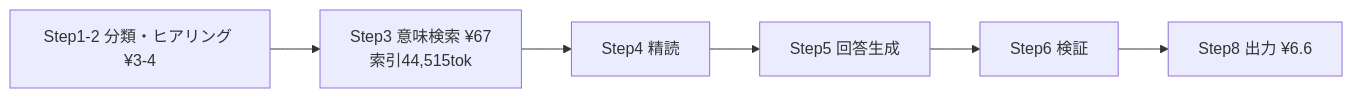
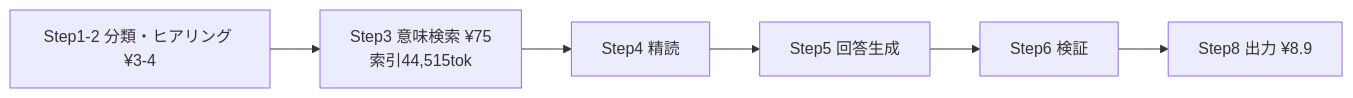
The first of 4 diagrams in docs/reports/cost-optimization-nabledge.md (nablarch/nabledge-dev), drawn with Mermaid before and after one commit. The commit also changed other lines of this file and 1 other file, not shown here.

````diff
--- a/docs/reports/cost-optimization-nabledge.md
+++ b/docs/reports/cost-optimization-nabledge.md
@@ -42,5 +42,5 @@
 ```mermaid
 flowchart LR
-    S1[Step1-2 分類・ヒアリング ¥3-4] --> S3[Step3 意味検索 ¥67<br/>索引44,515tok]
-    S3 --> S4[Step4 精読] --> S5[Step5 回答生成] --> S6[Step6 検証] --> S8[Step8 出力 ¥6.6]
+    S1[Step1-2 分類・ヒアリング ¥3-4] --> S3[Step3 意味検索 ¥75<br/>索引44,515tok]
+    S3 --> S4[Step4 精読] --> S5[Step5 回答生成] --> S6[Step6 検証] --> S8[Step8 出力 ¥8.9]
 ```
````
